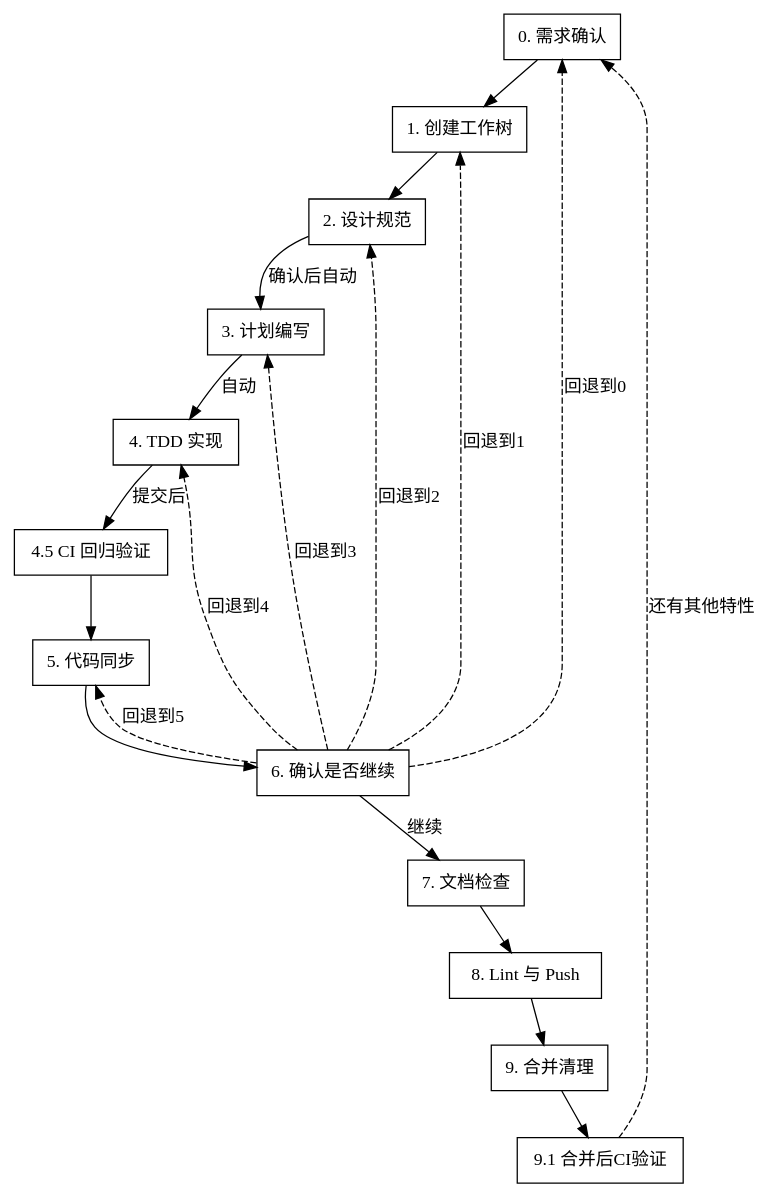
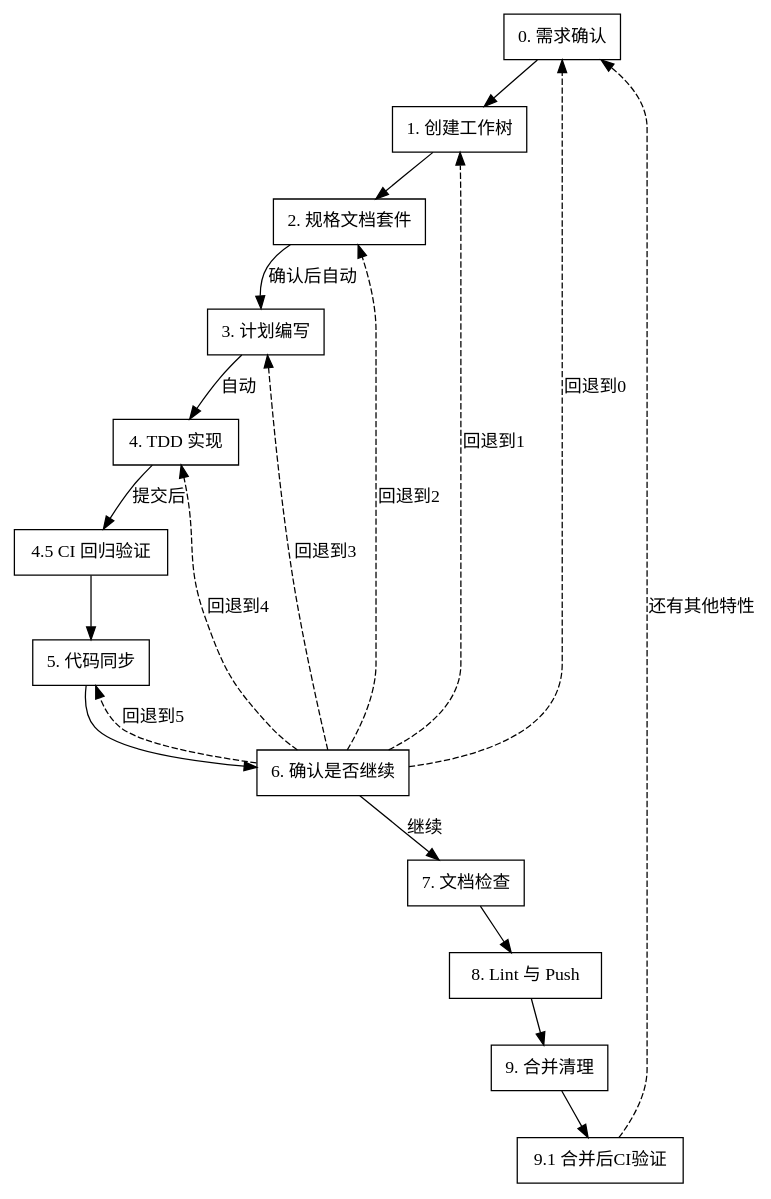
Before and after one commit to marcocpt/trae_skills: the diagram in dd-feature-development-workflow/SKILL.md, drawn with Graphviz. The commit also changed other lines of this file and 16 other files, not shown here.

````diff
--- a/dd-feature-development-workflow/SKILL.md
+++ b/dd-feature-development-workflow/SKILL.md
@@ -22,24 +22,24 @@
 ```dot
 digraph feature_development_workflow {
     rankdir=TB;
     node [shape=box];
     "0. 需求确认" -> "1. 创建工作树";
-    "1. 创建工作树" -> "2. 设计规范";
-    "2. 设计规范" -> "3. 计划编写" [label="确认后自动"];
+    "1. 创建工作树" -> "2. 规格文档套件";
+    "2. 规格文档套件" -> "3. 计划编写" [label="确认后自动"];
     "3. 计划编写" -> "4. TDD 实现" [label="自动"];
     "4. TDD 实现" -> "4.5 CI 回归验证" [label="提交后"];
     "4.5 CI 回归验证" -> "5. 代码同步";
     "5. 代码同步" -> "6. 确认是否继续";
     "6. 确认是否继续" -> "7. 文档检查" [label="继续"];
     "6. 确认是否继续" -> "0. 需求确认" [label="回退到0", style=dashed];
     "6. 确认是否继续" -> "1. 创建工作树" [label="回退到1", style=dashed];
-    "6. 确认是否继续" -> "2. 设计规范" [label="回退到2", style=dashed];
+    "6. 确认是否继续" -> "2. 规格文档套件" [label="回退到2", style=dashed];
     "6. 确认是否继续" -> "3. 计划编写" [label="回退到3", style=dashed];
     "6. 确认是否继续" -> "4. TDD 实现" [label="回退到4", style=dashed];
     "6. 确认是否继续" -> "5. 代码同步" [label="回退到5", style=dashed];
     "7. 文档检查" -> "8. Lint 与 Push";
     "8. Lint 与 Push" -> "9. 合并清理";
     "9. 合并清理" -> "9.1 合并后CI验证";
     "9.1 合并后CI验证" -> "0. 需求确认" [label="还有其他特性", style=dashed];
 }
 ```
````
